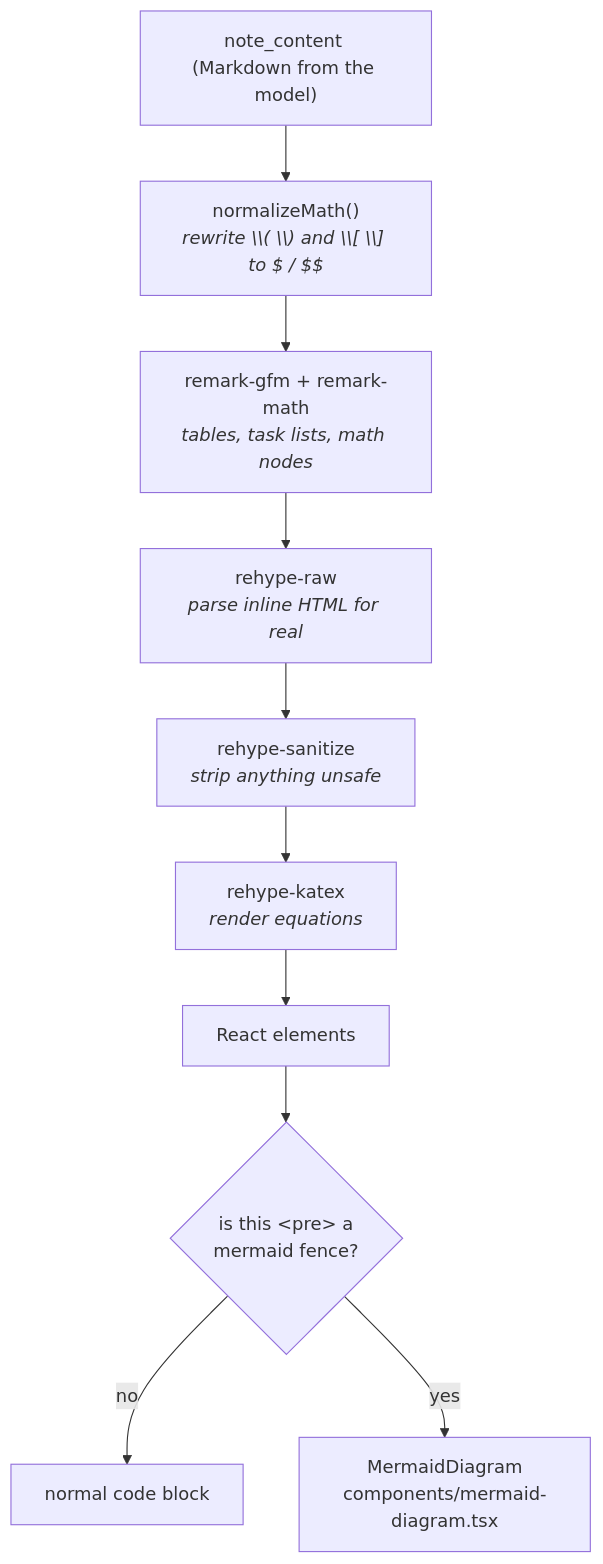
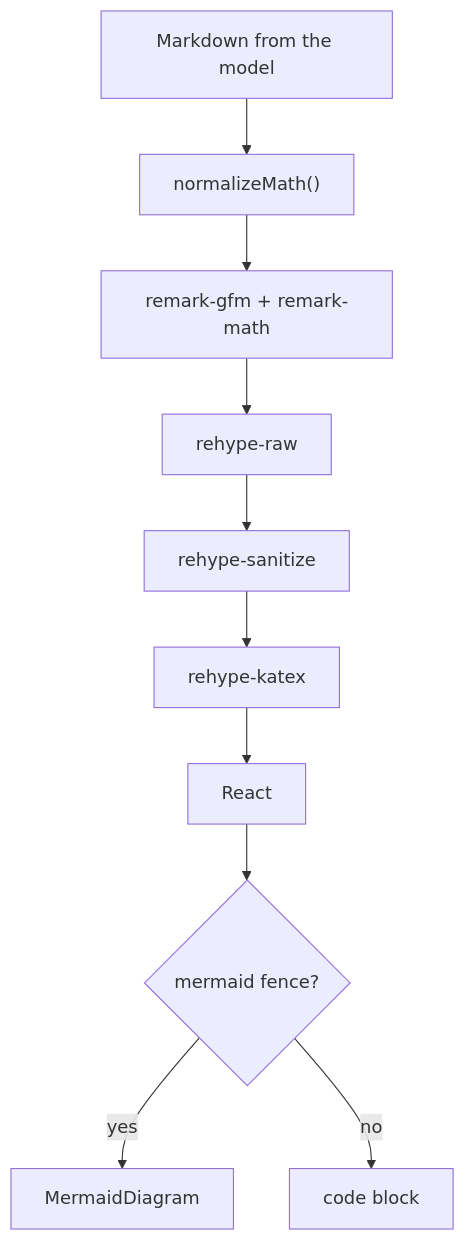
Diagram 12 of 12 in FLOW.md (karlwehbe/AI-Note-taker), drawn with Mermaid before and after one commit. The commit also changed other lines of this file and 6 other files, not shown here.

````diff
--- a/FLOW.md
+++ b/FLOW.md
@@ -640,12 +349,12 @@
 ```mermaid
 flowchart TD
-  SRC["note_content (Markdown from the model)"] --> NM["normalizeMath()<br/><i>rewrite \\( \\) and \\[ \\] to $ / $$</i>"]
-  NM --> RG["remark-gfm + remark-math<br/><i>tables, task lists, math nodes</i>"]
-  RG --> RAW["rehype-raw<br/><i>parse inline HTML for real</i>"]
-  RAW --> SAN["rehype-sanitize<br/><i>strip anything unsafe</i>"]
-  SAN --> KTX["rehype-katex<br/><i>render equations</i>"]
-  KTX --> OUT["React elements"]
-  OUT --> PRE{"is this &lt;pre&gt; a<br/>mermaid fence?"}
-  PRE -->|no| CODE["normal code block"]
-  PRE -->|yes| MD["MermaidDiagram<br/>components/mermaid-diagram.tsx"]
+  SRC["Markdown from the model"] --> NM["normalizeMath()"]
+  NM --> RG["remark-gfm + remark-math"]
+  RG --> RAW["rehype-raw"]
+  RAW --> SAN["rehype-sanitize"]
+  SAN --> KTX["rehype-katex"]
+  KTX --> OUT["React"]
+  OUT --> PRE{"mermaid fence?"}
+  PRE -->|yes| MD["MermaidDiagram"]
+  PRE -->|no| CODE["code block"]
 ```
````
